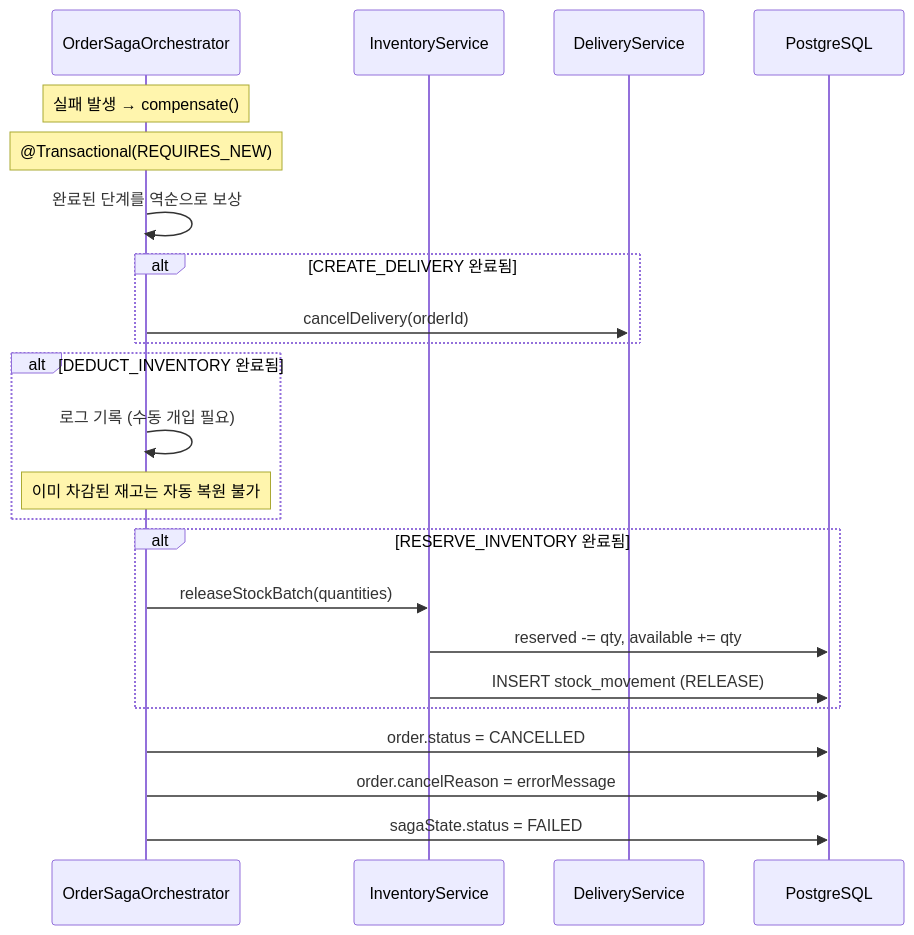
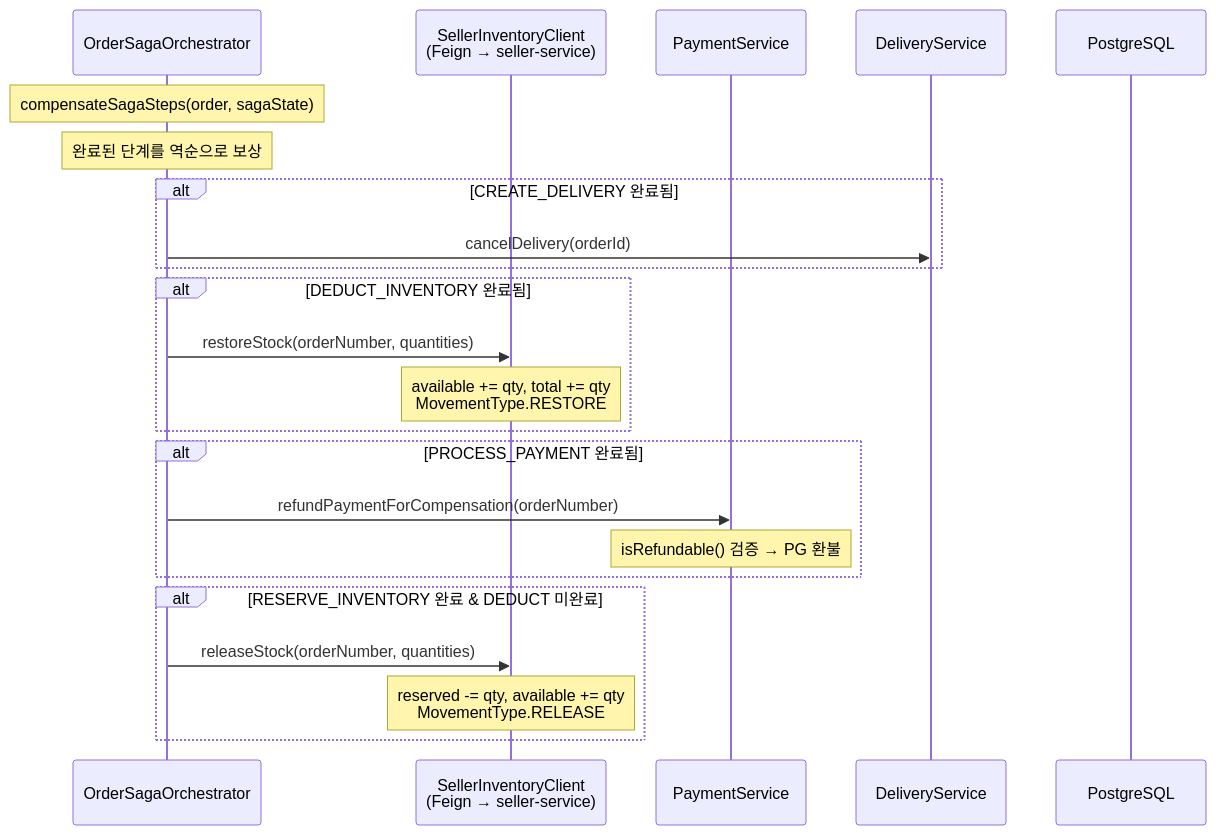
The fourth of 6 diagrams in docs/architecture/shopping-service/saga-pattern.md (L-a-z-e/portal-universe), drawn with Mermaid before and after one commit. The commit also changed other lines of this file and 45 other files, not shown here.

First line of the commit message:
fix(shopping): complete saga cross-service compensation and data integrity (ADR-053)

````diff
--- a/docs/architecture/shopping-service/saga-pattern.md
+++ b/docs/architecture/shopping-service/saga-pattern.md
@@ -197,31 +202,30 @@
 ```mermaid
 sequenceDiagram
     participant SAGA as OrderSagaOrchestrator
-    participant IS as InventoryService
+    participant SIC as SellerInventoryClient<br/>(Feign → seller-service)
+    participant PS as PaymentService
     participant DS as DeliveryService
     participant DB as PostgreSQL
 
-    Note over SAGA: 실패 발생 → compensate()
-    Note over SAGA: @Transactional(REQUIRES_NEW)
-
-    SAGA->>SAGA: 완료된 단계를 역순으로 보상
+    Note over SAGA: compensateSagaSteps(order, sagaState)
+    Note over SAGA: 완료된 단계를 역순으로 보상
 
     alt CREATE_DELIVERY 완료됨
         SAGA->>DS: cancelDelivery(orderId)
     end
 
     alt DEDUCT_INVENTORY 완료됨
-        SAGA->>SAGA: 로그 기록 (수동 개입 필요)
-        Note over SAGA: 이미 차감된 재고는 자동 복원 불가
+        SAGA->>SIC: restoreStock(orderNumber, quantities)
+        Note over SIC: available += qty, total += qty<br/>MovementType.RESTORE
     end
 
-    alt RESERVE_INVENTORY 완료됨
-        SAGA->>IS: releaseStockBatch(quantities)
-        IS->>DB: reserved -= qty, available += qty
-        IS->>DB: INSERT stock_movement (RELEASE)
+    alt PROCESS_PAYMENT 완료됨
+        SAGA->>PS: refundPaymentForCompensation(orderNumber)
+        Note over PS: isRefundable() 검증 → PG 환불
     end
 
-    SAGA->>DB: order.status = CANCELLED
-    SAGA->>DB: order.cancelReason = errorMessage
-    SAGA->>DB: sagaState.status = FAILED
+    alt RESERVE_INVENTORY 완료 & DEDUCT 미완료
+        SAGA->>SIC: releaseStock(orderNumber, quantities)
+        Note over SIC: reserved -= qty, available += qty<br/>MovementType.RELEASE
+    end
 ```
````
